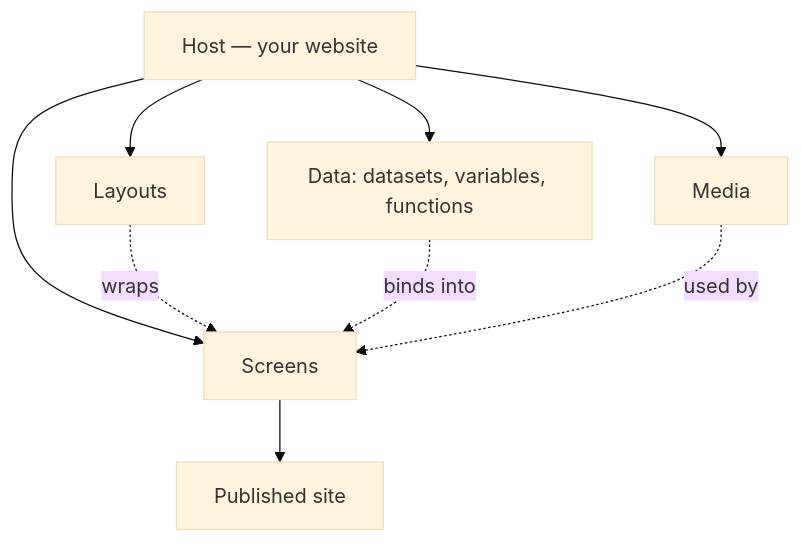
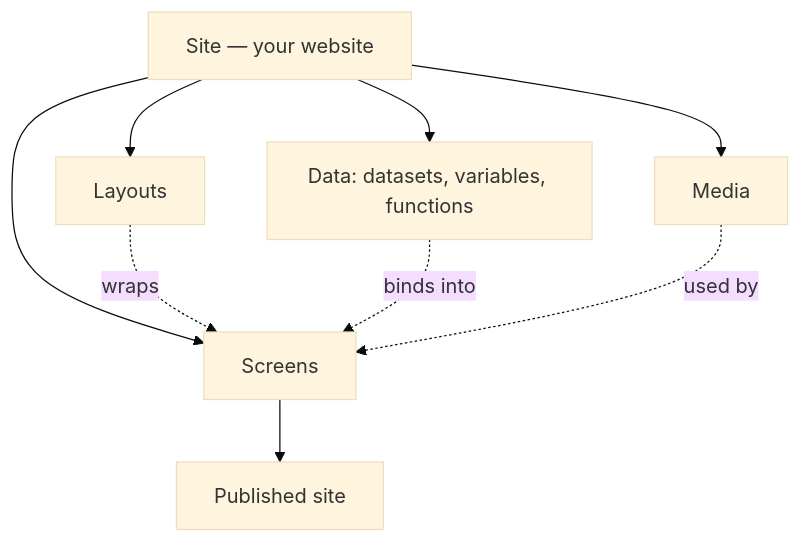
Before and after one commit to zgover/core: the diagram in apps/docs/docs/intro.md, drawn with Mermaid (base theme). The commit also changed other lines of this file and 180 other files, not shown here.

First line of the commit message:
docs(ia): nested category architecture for the docs site (AGL-448)

````diff
--- a/apps/docs/docs/intro.md
+++ b/apps/docs/docs/intro.md
@@ -18,11 +18,11 @@
 ```mermaid
 flowchart TD
-  H[Host — your website] --> S[Screens]
+  H[Site — your website] --> S[Screens]
   H --> L[Layouts]
   H --> D[Data: datasets, variables, functions]
   H --> M[Media]
   L -. wraps .-> S
   D -. binds into .-> S
   M -. used by .-> S
   S --> P[Published site]
 ```
````
